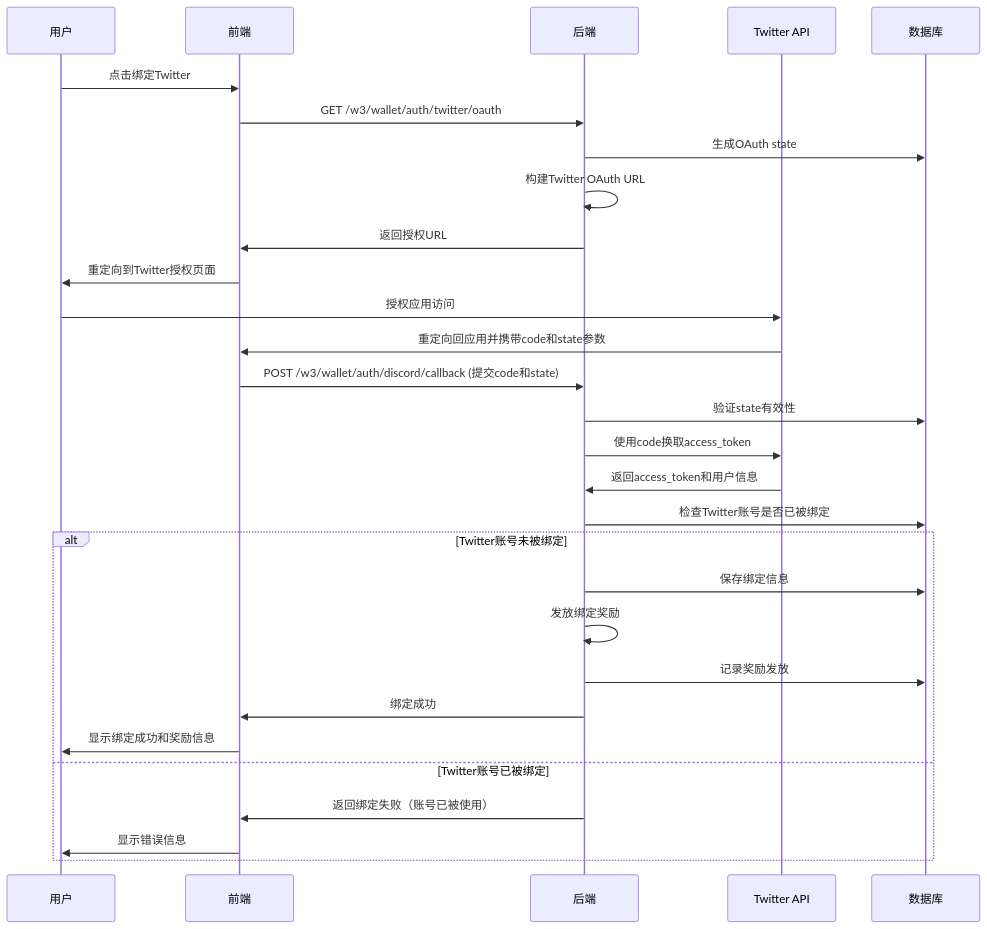
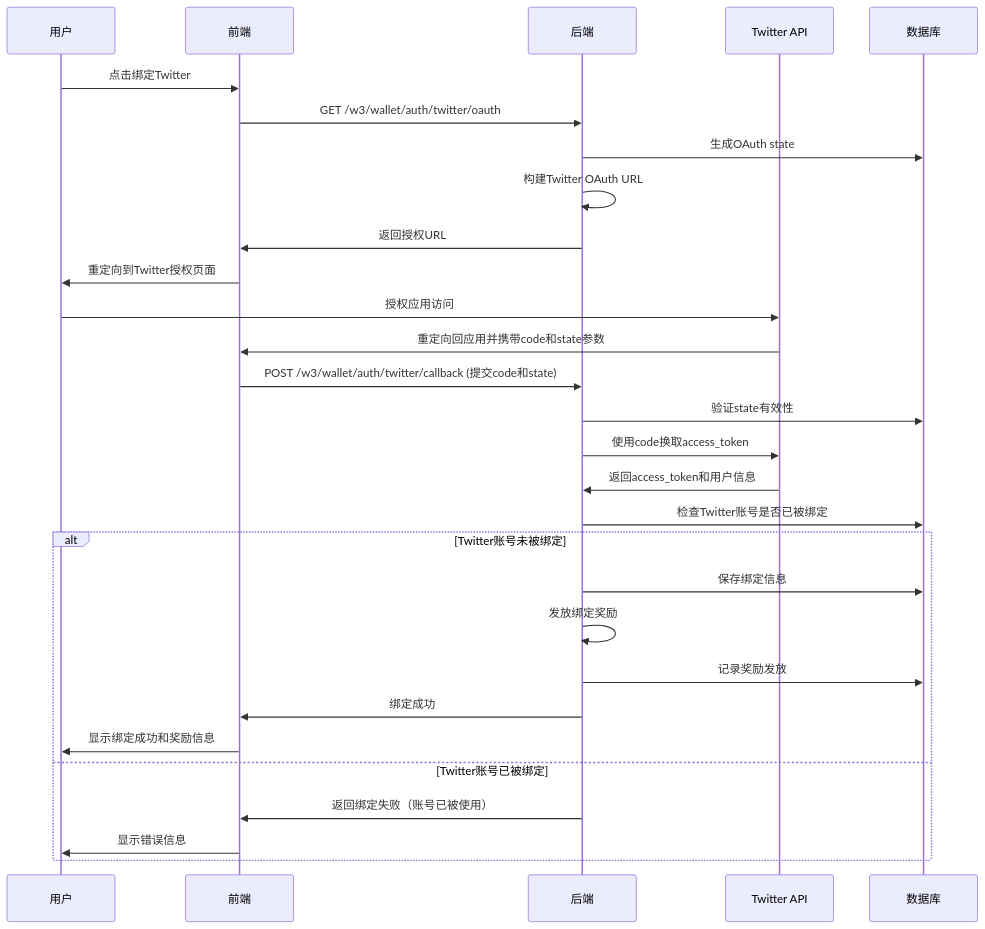
One commit to yingjianzh/iodraw-files changed the diagram in all/未命名-73.md. Above: the diagram before and after it, drawn with Mermaid.

Commit message:
2025-07-07 10:53:50 update

````diff
--- a/all/未命名-73.md
+++ b/all/未命名-73.md
@@ -1,37 +1,37 @@
 ```mermaid
 
 sequenceDiagram
     participant User as 用户
     participant Frontend as 前端
     participant Backend as 后端
     participant Twitter as Twitter API
     participant DB as 数据库
 
 
     User->>Frontend: 点击绑定Twitter
     Frontend->>Backend: GET /w3/wallet/auth/twitter/oauth
     Backend->>DB: 生成OAuth state
     Backend->>Backend: 构建Twitter OAuth URL
     Backend->>Frontend: 返回授权URL
     Frontend->>User: 重定向到Twitter授权页面
     
     User->>Twitter: 授权应用访问
     Twitter->>Frontend: 重定向回应用并携带code和state参数
-    Frontend->>Backend: POST /w3/wallet/auth/discord/callback (提交code和state)
+    Frontend->>Backend: POST /w3/wallet/auth/twitter/callback (提交code和state)
     Backend->>DB: 验证state有效性
     Backend->>Twitter: 使用code换取access_token
     Twitter->>Backend: 返回access_token和用户信息
     Backend->>DB: 检查Twitter账号是否已被绑定
     
     alt Twitter账号未被绑定
         Backend->>DB: 保存绑定信息
         Backend->>Backend: 发放绑定奖励
         Backend->>DB: 记录奖励发放
         Backend->>Frontend: 绑定成功
         Frontend->>User: 显示绑定成功和奖励信息
     else Twitter账号已被绑定
         Backend->>Frontend: 返回绑定失败（账号已被使用）
         Frontend->>User: 显示错误信息
     end
 
 ```
````
